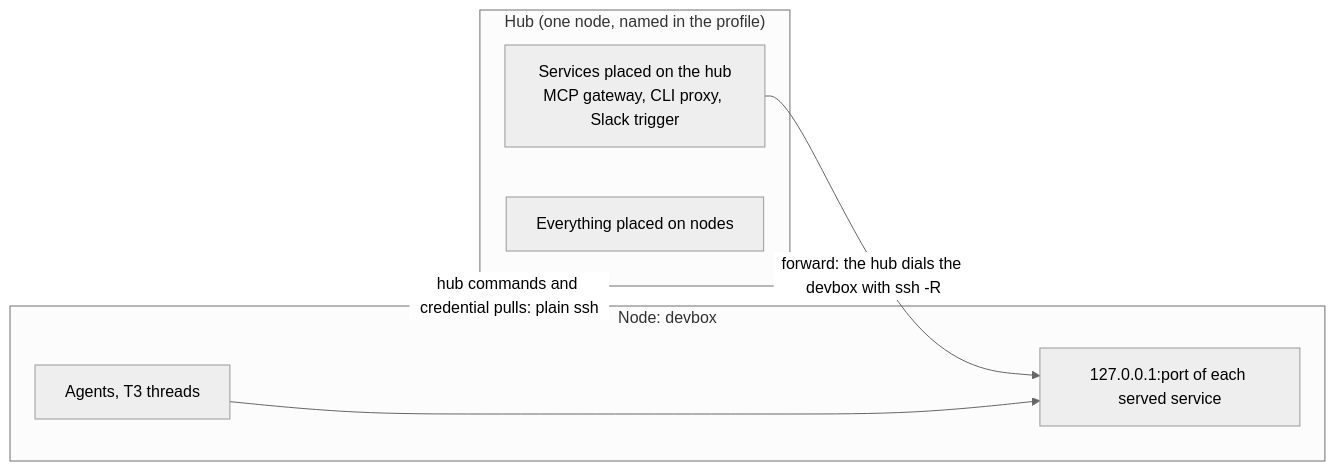
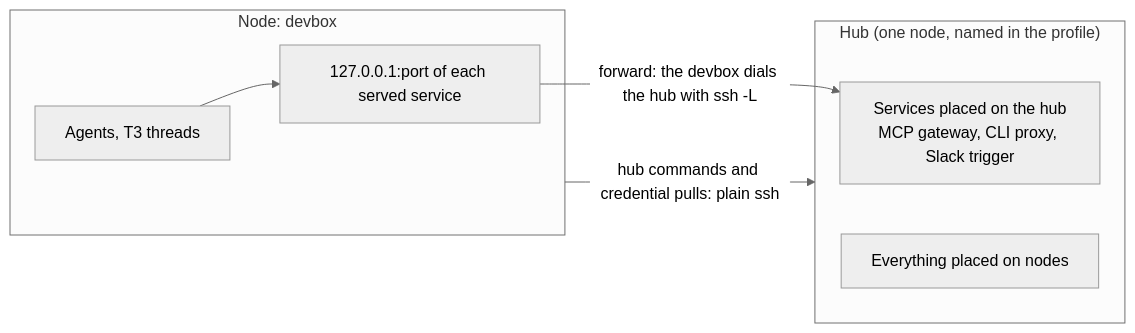
The diagram in docs/architecture.md (Silthus/fleet-engine), drawn with Mermaid (neutral theme) before and after one commit. The commit also changed other lines of this file and 6 other files, not shown here.

First line of the commit message:
Forwards: the node dials the hub with ssh -L

````diff
--- a/docs/architecture.md
+++ b/docs/architecture.md
@@ -51,14 +51,14 @@
 ```mermaid
 flowchart LR
   subgraph hub["Hub (one node, named in the profile)"]
     hs["Services placed on the hub<br/>MCP gateway, CLI proxy, Slack trigger"]
     hn["Everything placed on nodes"]
   end
   subgraph n1["Node: devbox"]
     a1["Agents, T3 threads"]
     l1["127.0.0.1:port of each served service"]
   end
-  hs -- "forward: the hub dials the devbox with ssh -R" --> l1
+  l1 -- "forward: the devbox dials the hub with ssh -L" --> hs
   n1 -- "hub commands and credential pulls: plain ssh" --> hub
   a1 --> l1
 ```
````
